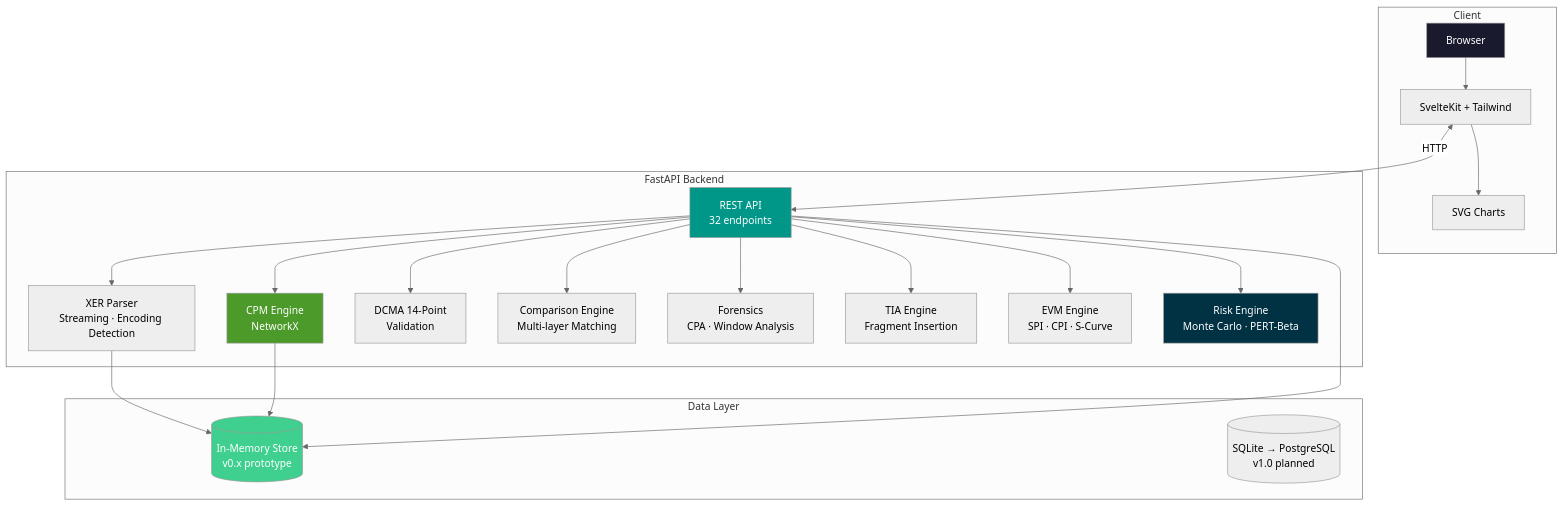
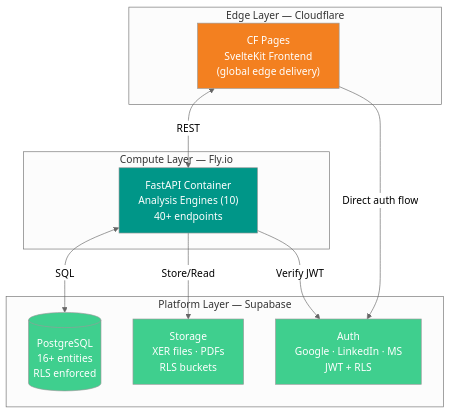
The first of 2 diagrams in README.md (VitorMRodovalho/meridianiq), drawn with Mermaid (neutral theme) before and after one commit. The commit also changed other lines of this file and 2 other files, not shown here.

First line of the commit message:
docs: sync README, ROADMAP, BUGS to v0.8.1 state

````diff
--- a/README.md
+++ b/README.md
@@ -66,35 +72,28 @@
 ```mermaid
 graph TB
-    subgraph Client
-        A[Browser] --> B[SvelteKit + Tailwind]
-        B --> C[SVG Charts]
+    subgraph "Edge Layer — Cloudflare"
+        CF_PAGES["CF Pages<br/>SvelteKit Frontend<br/>(global edge delivery)"]
     end
 
-    subgraph "FastAPI Backend"
-        D[REST API<br/>32 endpoints]
-        D --> E[XER Parser<br/>Streaming · Encoding Detection]
-        D --> F[CPM Engine<br/>NetworkX]
-        D --> G[DCMA 14-Point<br/>Validation]
-        D --> H[Comparison Engine<br/>Multi-layer Matching]
-        D --> I[Forensics<br/>CPA · Window Analysis]
-        D --> J[TIA Engine<br/>Fragment Insertion]
-        D --> K[EVM Engine<br/>SPI · CPI · S-Curve]
-        D --> L[Risk Engine<br/>Monte Carlo · PERT-Beta]
+    subgraph "Compute Layer — Fly.io"
+        FASTAPI["FastAPI Container<br/>Analysis Engines (10)<br/>40+ endpoints"]
     end
 
-    subgraph "Data Layer"
-        M[(In-Memory Store<br/>v0.x prototype)]
-        N[(SQLite → PostgreSQL<br/>v1.0 planned)]
+    subgraph "Platform Layer — Supabase"
+        AUTH["Auth<br/>Google · LinkedIn · MS<br/>JWT + RLS"]
+        DB[("PostgreSQL<br/>16+ entities<br/>RLS enforced")]
+        STORAGE["Storage<br/>XER files · PDFs<br/>RLS buckets"]
     end
 
-    B <-->|HTTP| D
-    E --> M
-    F --> M
-    D --> M
+    CF_PAGES <-->|"REST"| FASTAPI
+    FASTAPI <-->|"SQL"| DB
+    FASTAPI -->|"Store/Read"| STORAGE
+    FASTAPI -->|"Verify JWT"| AUTH
+    CF_PAGES -->|"Direct auth flow"| AUTH
 
-    style A fill:#1a1a2e,color:#fff
-    style D fill:#009688,color:#fff
-    style F fill:#4C9A2A,color:#fff
-    style L fill:#013243,color:#fff
-    style M fill:#3FCF8E,color:#fff
+    style CF_PAGES fill:#F38020,color:#fff
+    style FASTAPI fill:#009688,color:#fff
+    style DB fill:#3FCF8E,color:#fff
+    style AUTH fill:#3FCF8E,color:#fff
+    style STORAGE fill:#3FCF8E,color:#fff
 ```
````
